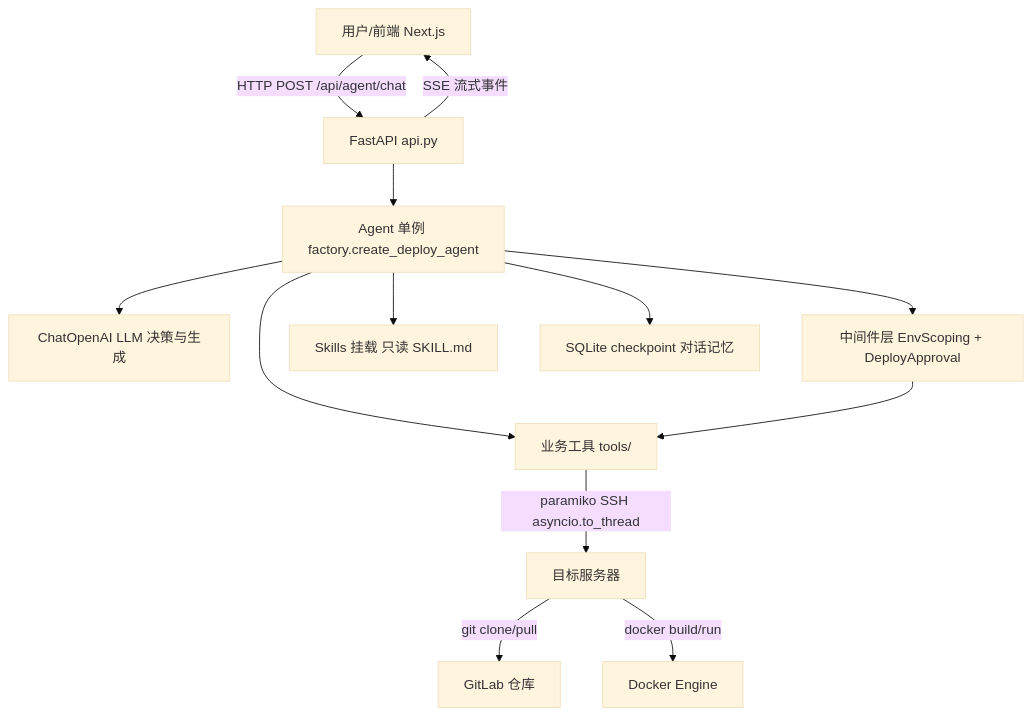
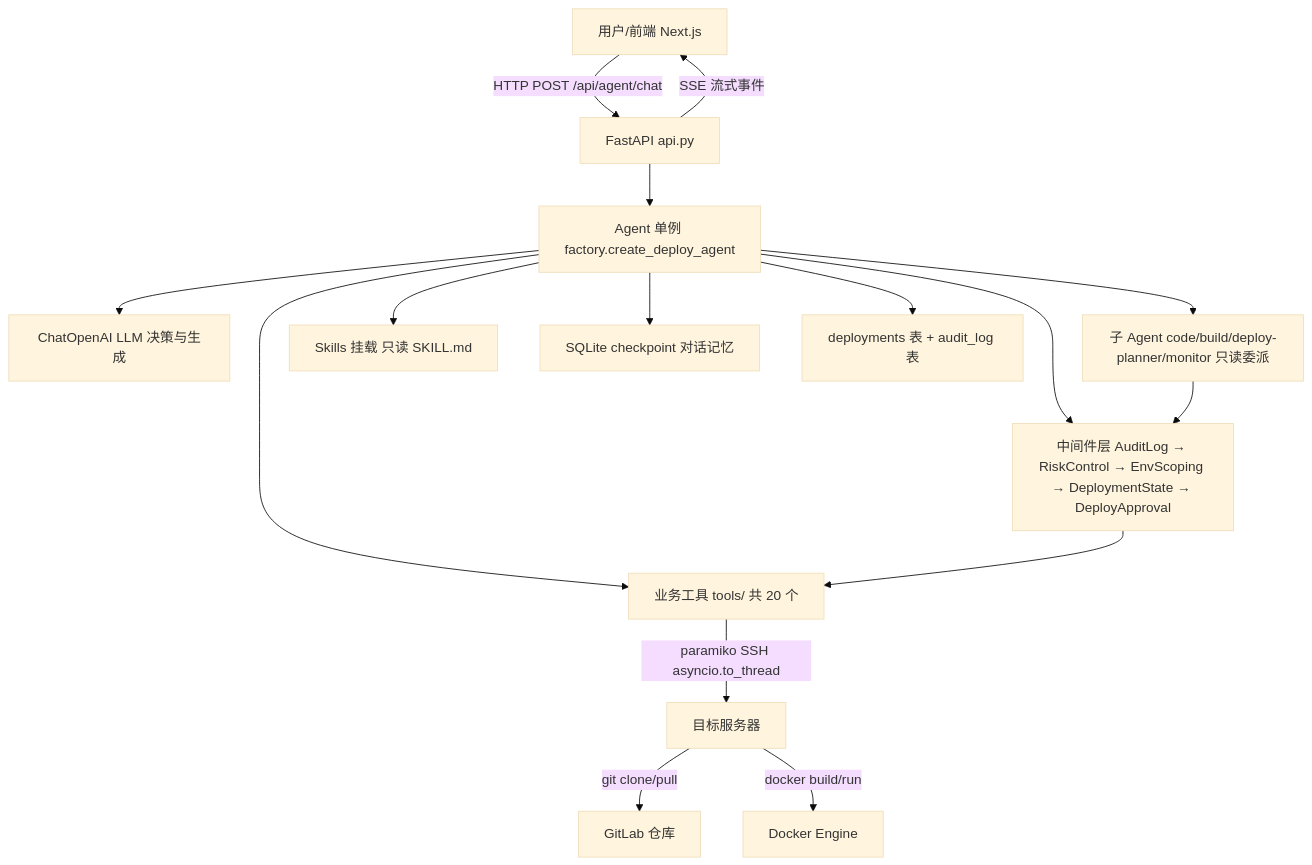
The diagram in README.md (ll055991/ai_devops), drawn with Mermaid (base theme) before and after one commit. The commit also changed other lines of this file and 42 other files, not shown here.

Commit message:
多 SubAgent 拆分 + 审计/部署状态落库 + evals 门禁 + 文档同步（README/ADR/词汇表/路线图）

````diff
--- a/README.md
+++ b/README.md
@@ -45,17 +47,21 @@
 ```mermaid
 flowchart TD
     U[用户/前端 Next.js] -->|HTTP POST /api/agent/chat| API[FastAPI api.py]
     API -->|SSE 流式事件| U
     API --> AG[Agent 单例 factory.create_deploy_agent]
 
     AG --> LLM[ChatOpenAI LLM 决策与生成]
-    AG --> MW[中间件层 EnvScoping + DeployApproval]
-    AG --> TOOLS[业务工具 tools/]
+    AG --> MW[中间件层 AuditLog → RiskControl → EnvScoping → DeploymentState → DeployApproval]
+    AG --> TOOLS[业务工具 tools/ 共 20 个]
+    AG --> SUB[子 Agent code/build/deploy-planner/monitor 只读委派]
     AG --> SKILLS[Skills 挂载 只读 SKILL.md]
     AG --> CKPT[SQLite checkpoint 对话记忆]
+    AG --> STORE[deployments 表 + audit_log 表]
+
+    SUB --> MW
 
     MW --> TOOLS
     TOOLS -->|paramiko SSH asyncio.to_thread| SRV[目标服务器]
     SRV -->|git clone/pull| GIT[GitLab 仓库]
     SRV -->|docker build/run| DOCKER[Docker Engine]
 ```
````
